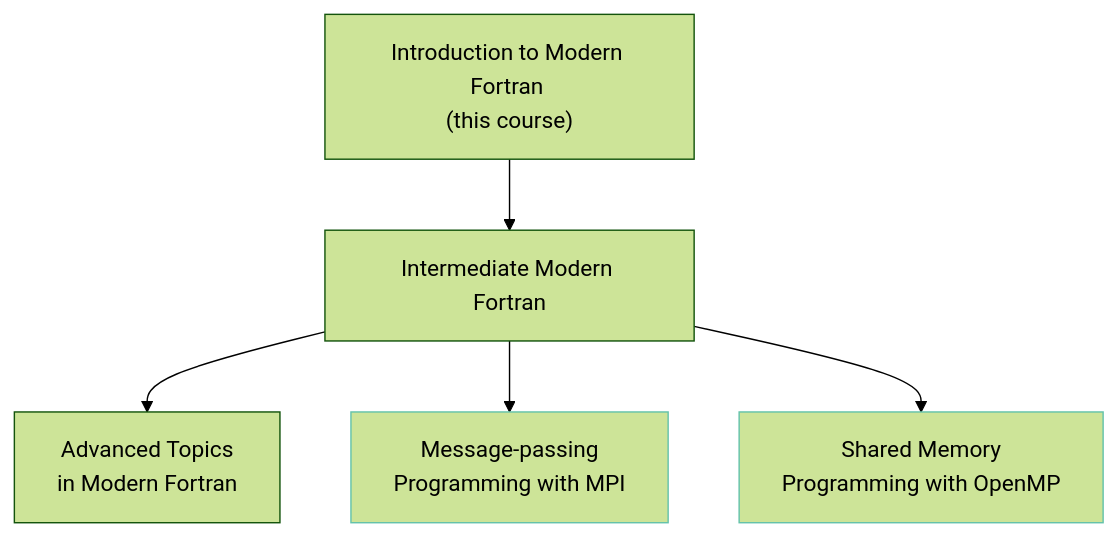
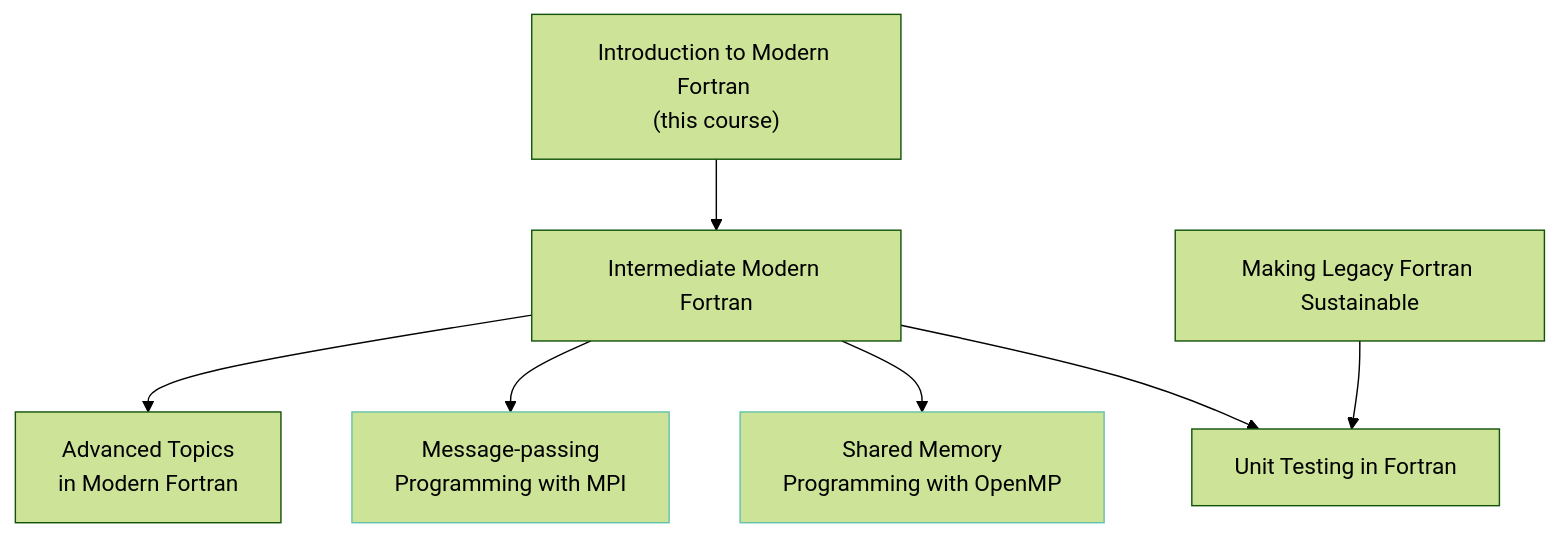
One commit to carpentries-incubator/intro-to-modern-fortran changed the diagram in profiles/learner-profiles.md. Above: the diagram before and after it, drawn with Mermaid (forest theme). The commit also changed other lines of this file, not shown here.

Commit message:
Add in the Fortran Unit Testing and legacy courses (#84)

````diff
--- a/profiles/learner-profiles.md
+++ b/profiles/learner-profiles.md
@@ -11,15 +15,18 @@
 ```mermaid
 flowchart TD
     accTitle: Learner Pathways for the Introduction to Modern Fortran Course
     accDescr {This diagram shows the possible learning pathways after completing the Introduction to Modern Fortran course.
     The Intermediate and Advanced Topics in Modern Fortran courses are in the pre-alpha stage.
     The MPI and OpenMP courses are from ARCHER2, the UK's national supercomputing facility, courses.}
     A["Introduction to Modern Fortran <br>(this course)"] --> B
     B[Intermediate Modern Fortran] --> C & D & E
     C[Advanced Topics<br>in Modern Fortran]
     D[Message-passing<br>Programming with MPI]:::archer2
     E[Shared Memory<br>Programming with OpenMP]:::archer2
+    F[Making Legacy Fortran Sustainable] --> G
+    B --> G[Unit Testing in Fortran]
     classDef archer2 stroke:#64c2ab
+    click G href "https://carpentries-incubator.github.io/fortran-unit-testing/" "Link to the Unit Testing in Fortran Course"
     click D href "https://www.archer2.ac.uk/training/courses/#message-passing-programming-with-mpi" "Link to the MPI Archer2 Course"
     click E href "https://www.archer2.ac.uk/training/courses/#shared-memory-programming-with-openmp" "Link to the OpenMP Archer2 Course"
 ```
````
